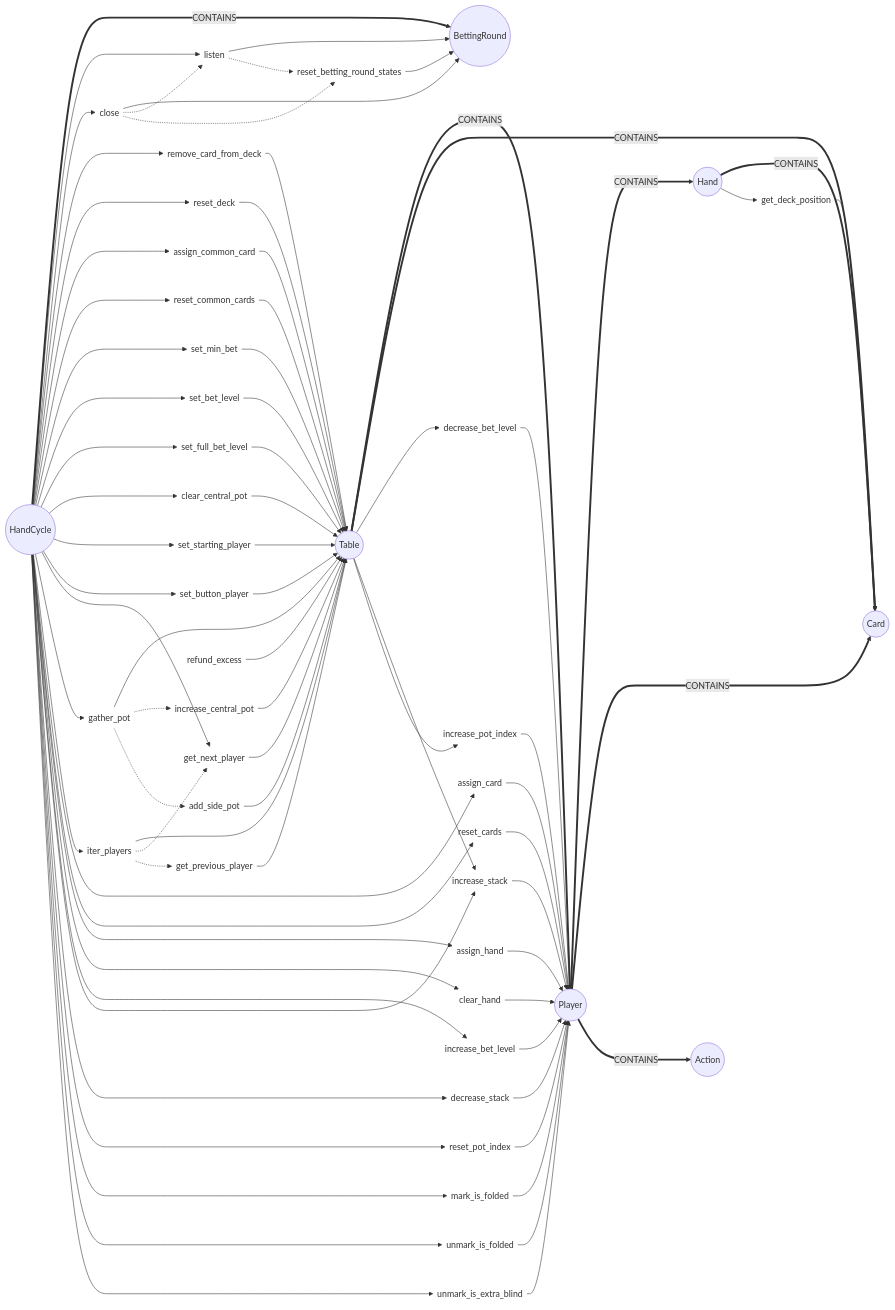
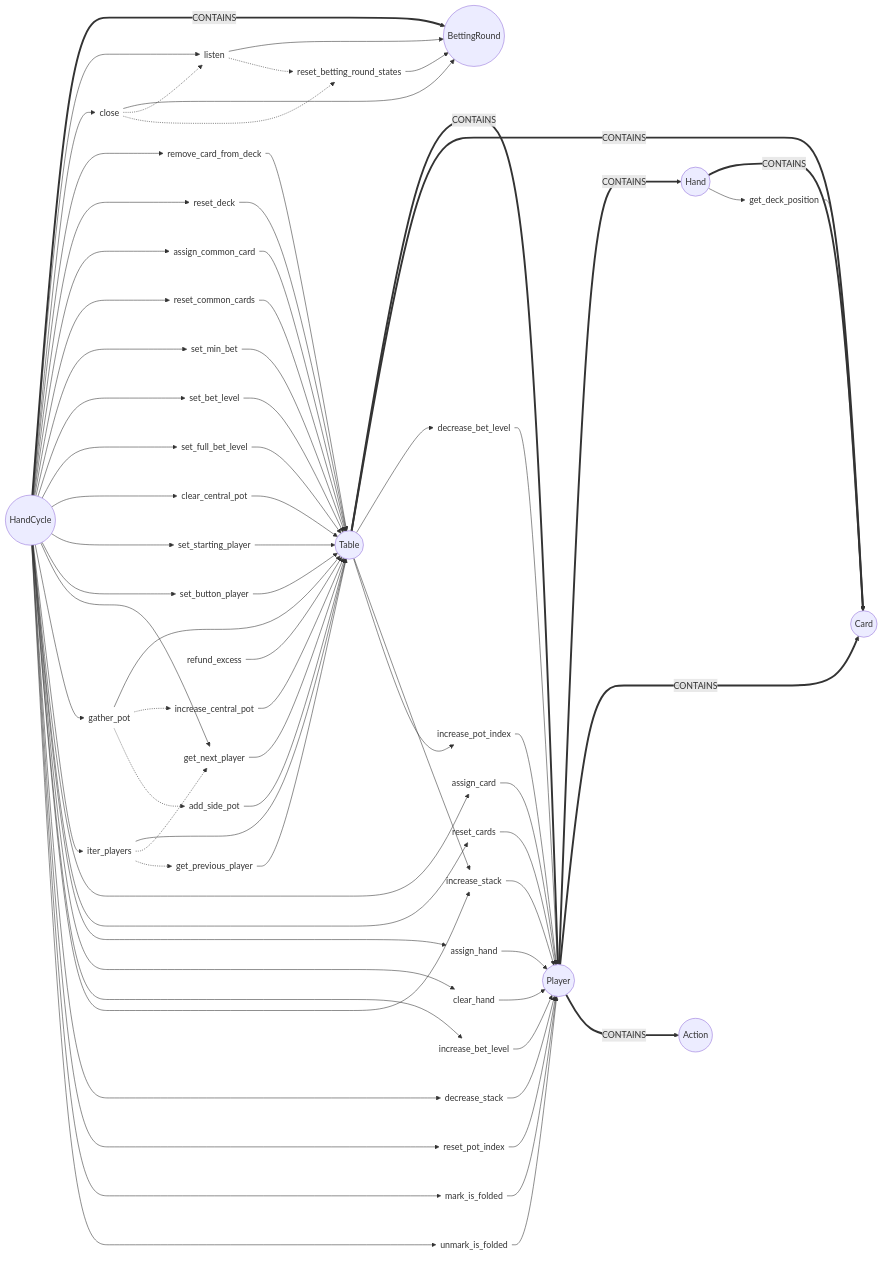
One commit to jorsaland/pokerpy changed the third of 4 diagrams in MODEL.md. Above: the diagram before and after it, drawn with Mermaid. The commit also changed other lines of this file and 1 other file, not shown here.

```diff
--- a/MODEL.md
+++ b/MODEL.md
@@ -310,7 +305,6 @@
     P.reset_pot_index(reset_pot_index)@{ shape: text } --> P
     P.mark_is_folded(mark_is_folded)@{ shape: text } --> P
     P.unmark_is_folded(unmark_is_folded)@{ shape: text } --> P
-    P.unmark_is_extra_blind(unmark_is_extra_blind)@{ shape: text } --> P
 
     Cd.get_deck_position(get_deck_position)@{ shape: text } --> Cd
 
@@ -345,7 +339,6 @@
     HC --> P.reset_pot_index
     HC --> P.mark_is_folded
     HC --> P.unmark_is_folded
-    HC --> P.unmark_is_extra_blind
 
     T --> P.decrease_bet_level
     T --> P.increase_stack
```
